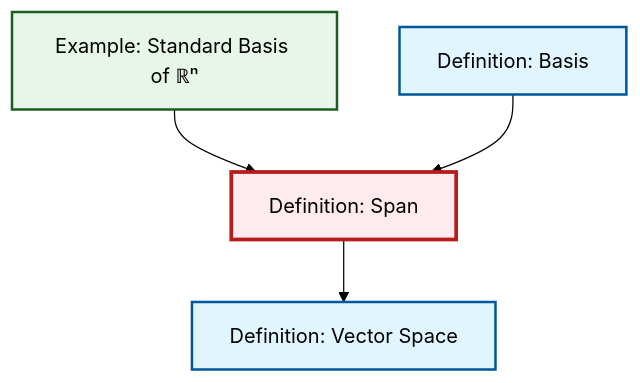
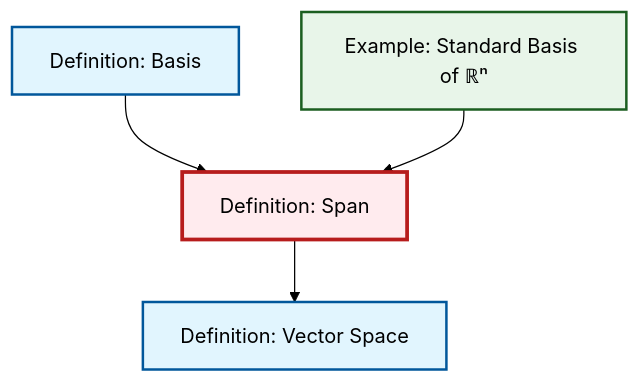
The diagram in content/en/algebra/def-span.qmd (RK0429/ModernMath), drawn with Mermaid (forest theme) before and after one commit. The commit also changed other lines of this file and 497 other files, not shown here.

````diff
--- a/content/en/algebra/def-span.qmd
+++ b/content/en/algebra/def-span.qmd
@@ -47,20 +47,20 @@
 ```{mermaid}
 %%| fig-cap: "Local dependency graph"
 graph TD
     classDef definition fill:#e1f5fe,stroke:#01579b,stroke-width:2px
     classDef theorem fill:#f3e5f5,stroke:#4a148c,stroke-width:2px
     classDef axiom fill:#fff3e0,stroke:#e65100,stroke-width:2px
     classDef example fill:#e8f5e9,stroke:#1b5e20,stroke-width:2px
     classDef current fill:#ffebee,stroke:#b71c1c,stroke-width:3px
+    def-vector-space["Definition: Vector Space"]:::definition
+    ex-standard-basis-rn["Example: Standard Basis of ℝⁿ"]:::example
     def-basis["Definition: Basis"]:::definition
-    def-vector-space["Definition: Vector Space"]:::definition
     def-span["Definition: Span"]:::definition
-    ex-standard-basis-rn["Example: Standard Basis of ℝⁿ"]:::example
+    def-basis --> def-span
+    ex-standard-basis-rn --> def-span
     def-span --> def-vector-space
-    ex-standard-basis-rn --> def-span
-    def-basis --> def-span
     class def-span current
-    click def-basis "def-basis.html" "Go to Basis definition"
     click def-vector-space "def-vector-space.html" "Go to Vector Space definition"
     click ex-standard-basis-rn "ex-standard-basis-rn.html" "Go to Standard Basis of ℝⁿ example"
+    click def-basis "def-basis.html" "Go to Basis definition"
 ```
````
